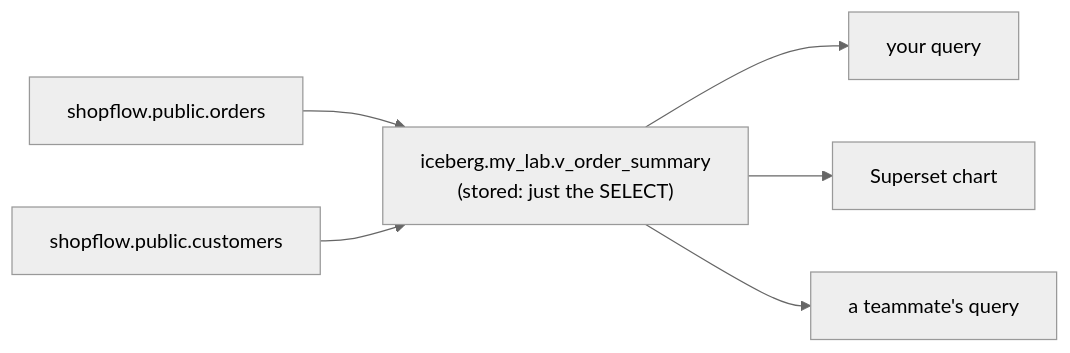
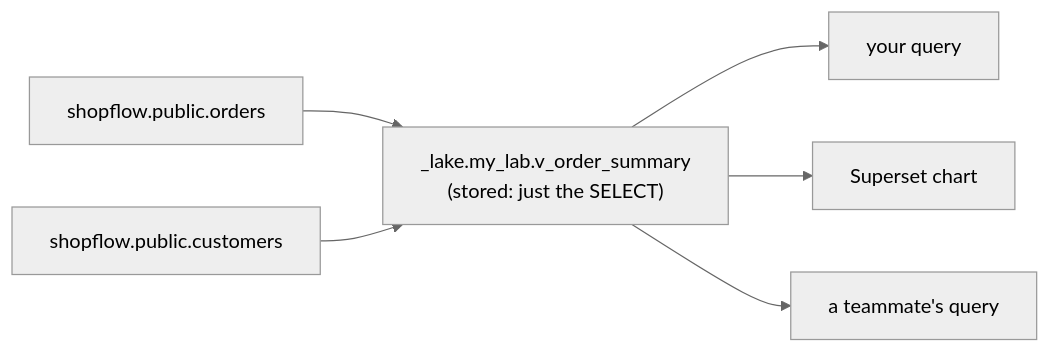
The diagram in training/docs/unit2/views.md (maarthala/databrick-local-simulator), drawn with Mermaid (neutral theme) before and after one commit. The commit also changed other lines of this file and 7 other files, not shown here.

First line of the commit message:
Unit 2 runs per learner: writes go to <you>_lake; complete cohort pivot; k8s Trino learner catalogs

````diff
--- a/training/docs/unit2/views.md
+++ b/training/docs/unit2/views.md
@@ -8,8 +8,8 @@
 ```mermaid
 flowchart LR
-  T1["shopflow.public.orders"] --> V["iceberg.my_lab.v_order_summary<br/>(stored: just the SELECT)"]
+  T1["shopflow.public.orders"] --> V["<you>_lake.my_lab.v_order_summary<br/>(stored: just the SELECT)"]
   T2["shopflow.public.customers"] --> V
   V --> Q1["your query"]
   V --> Q2["Superset chart"]
   V --> Q3["a teammate's query"]
 ```
````
